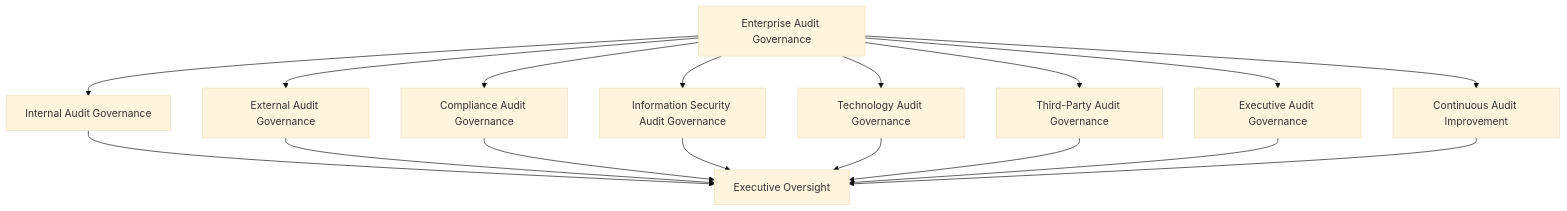
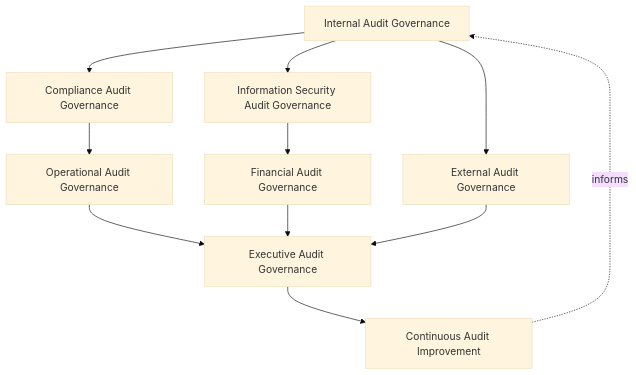
One commit to MojammelJoy/StackLeo-Tech-Store changed the first of 6 diagrams in 06_Security/audit-governance.md. Above: the diagram before and after it, drawn with Mermaid (base theme). The commit also changed other lines of this file and 30 other files, not shown here.

````diff
--- a/06_Security/audit-governance.md
+++ b/06_Security/audit-governance.md
@@ -45,19 +144,13 @@
 ```mermaid
 flowchart TD
-    A[Enterprise Audit Governance] --> B[Internal Audit Governance]
-    A --> C[External Audit Governance]
-    A --> D[Compliance Audit Governance]
-    A --> E[Information Security Audit Governance]
-    A --> F[Technology Audit Governance]
-    A --> G[Third-Party Audit Governance]
-    A --> H[Executive Audit Governance]
-    A --> I[Continuous Audit Improvement]
-    B --> J[Executive Oversight]
-    C --> J
-    D --> J
-    E --> J
-    F --> J
-    G --> J
-    H --> J
-    I --> J
+    IntGov[Internal Audit Governance] --> ExtGov[External Audit Governance]
+    IntGov --> CompGov[Compliance Audit Governance]
+    IntGov --> SecGov[Information Security Audit Governance]
+    CompGov --> OpGov[Operational Audit Governance]
+    SecGov --> FinGov[Financial Audit Governance]
+    OpGov --> ExecGov[Executive Audit Governance]
+    FinGov --> ExecGov
+    ExtGov --> ExecGov
+    ExecGov --> CIGov[Continuous Audit Improvement]
+    CIGov -.informs.-> IntGov
 ```
````
